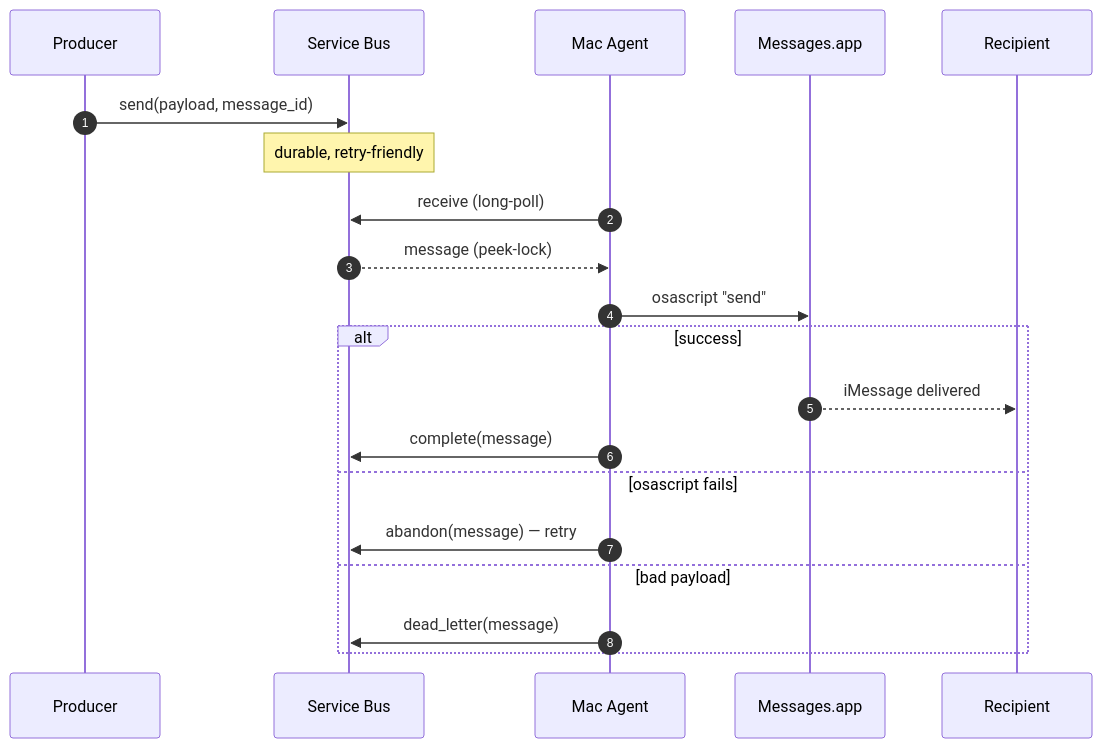
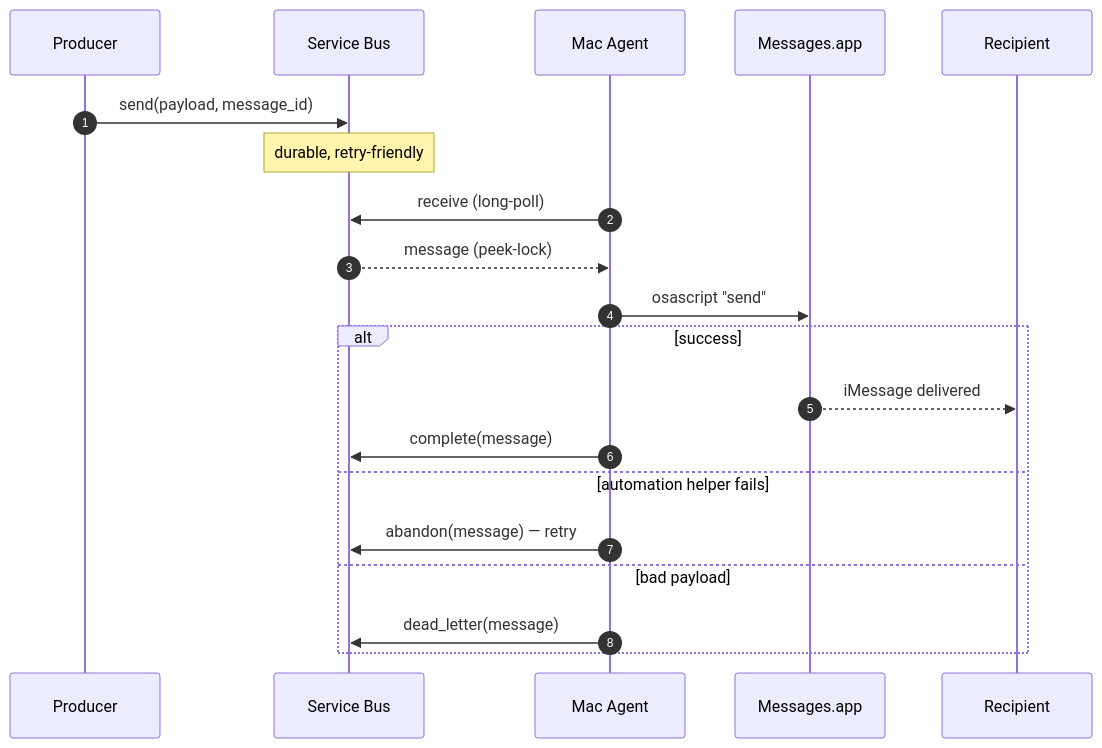
The second of 2 diagrams in README.md (paulyuk/imessage-bridge), drawn with Mermaid before and after one commit. The commit also changed other lines of this file and 9 other files, not shown here.

````diff
--- a/README.md
+++ b/README.md
@@ -239,23 +256,23 @@
 ```mermaid
 sequenceDiagram
     autonumber
     participant P as Producer
     participant SB as Service Bus
     participant A as Mac Agent
     participant M as Messages.app
     participant R as Recipient
 
     P->>SB: send(payload, message_id)
     Note over SB: durable, retry-friendly
     A->>SB: receive (long-poll)
     SB-->>A: message (peek-lock)
     A->>M: osascript "send"
     alt success
         M-->>R: iMessage delivered
         A->>SB: complete(message)
-    else osascript fails
+    else automation helper fails
         A->>SB: abandon(message) — retry
     else bad payload
         A->>SB: dead_letter(message)
     end
 ```
````
